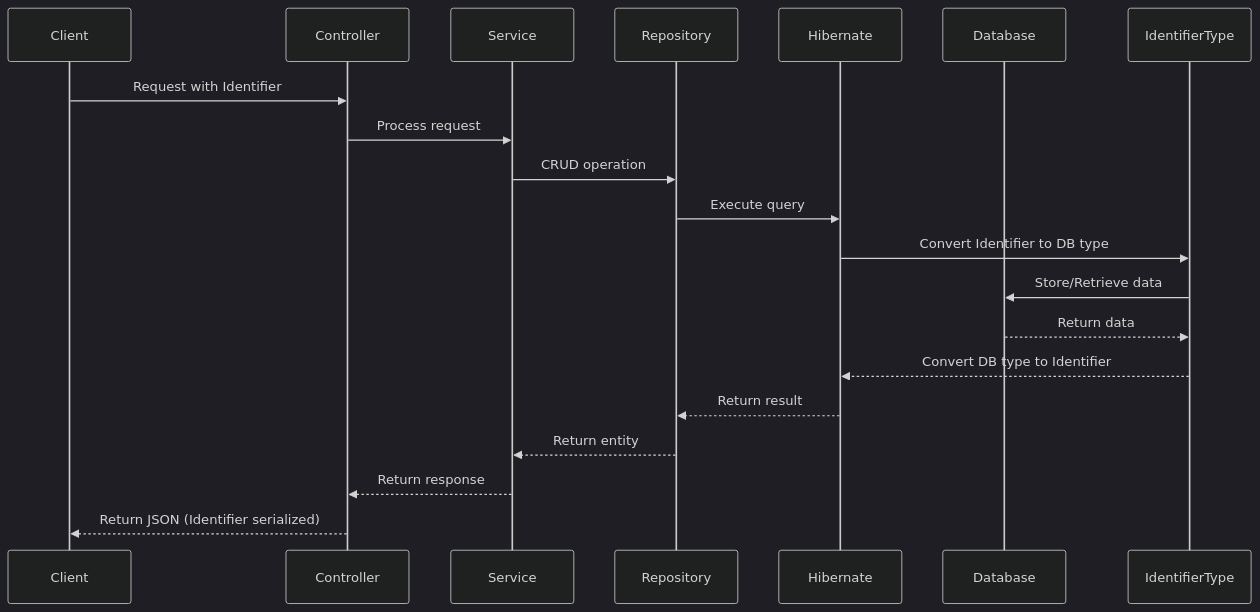
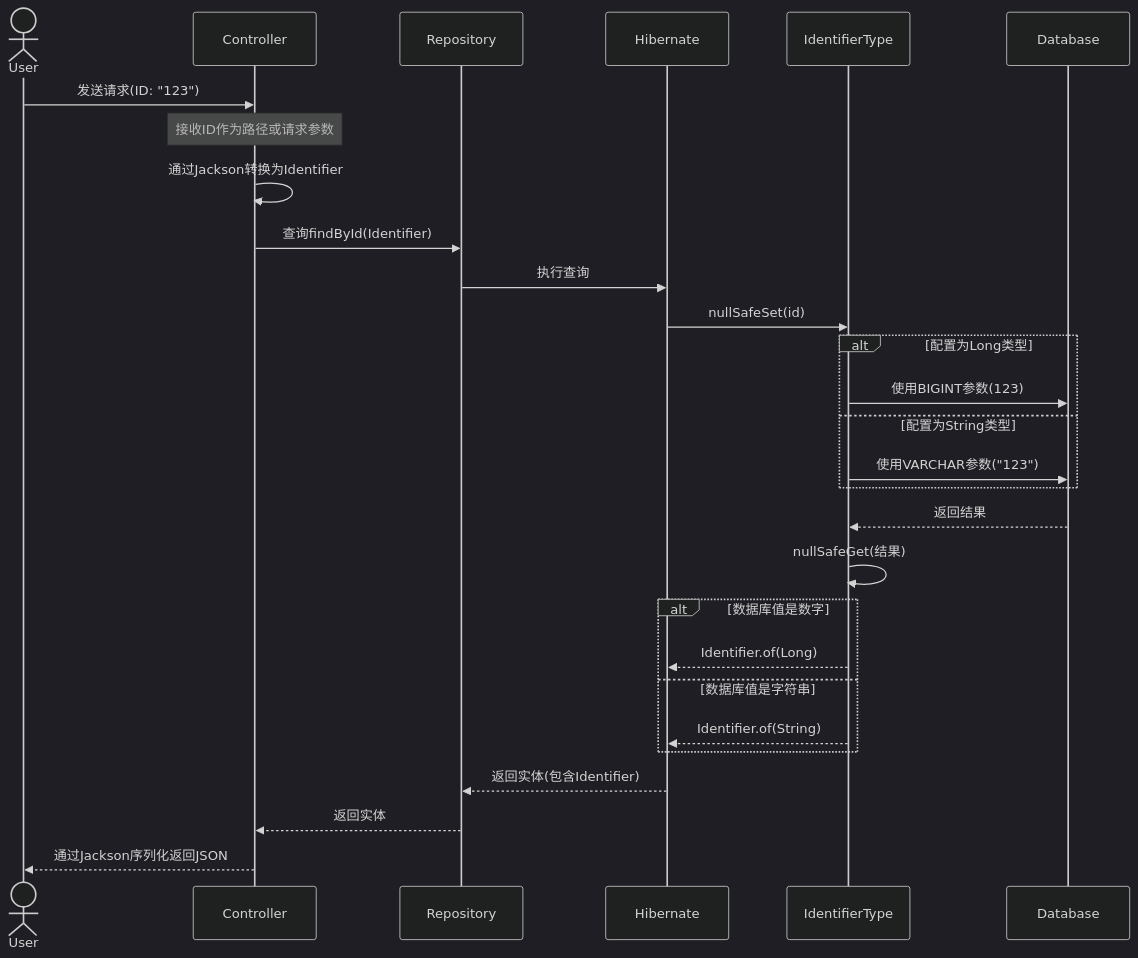
One commit to qpzm7903/hibernate-id-type changed the third of 3 diagrams in .ai/arch.md. Above: the diagram before and after it, drawn with Mermaid (dark theme). The commit also changed other lines of this file and 1 other file, not shown here.

````diff
--- a/.ai/arch.md
+++ b/.ai/arch.md
@@ -90,22 +128,35 @@
 ```mermaid
 sequenceDiagram
-    participant Client
+    actor User
     participant Controller
-    participant Service
     participant Repository
     participant Hibernate
+    participant IdentifierType
     participant Database
     
-    Client->>Controller: Request with Identifier
-    Controller->>Service: Process request
-    Service->>Repository: CRUD operation
-    Repository->>Hibernate: Execute query
-    Hibernate->>IdentifierType: Convert Identifier to DB type
-    IdentifierType->>Database: Store/Retrieve data
-    Database-->>IdentifierType: Return data
-    IdentifierType-->>Hibernate: Convert DB type to Identifier
-    Hibernate-->>Repository: Return result
-    Repository-->>Service: Return entity
-    Service-->>Controller: Return response
-    Controller-->>Client: Return JSON (Identifier serialized)
+    User->>Controller: 发送请求(ID: "123")
+    note over Controller: 接收ID作为路径或请求参数
+    Controller->>Controller: 通过Jackson转换为Identifier
+    Controller->>Repository: 查询findById(Identifier)
+    Repository->>Hibernate: 执行查询
+    Hibernate->>IdentifierType: nullSafeSet(id)
+    
+    alt 配置为Long类型
+        IdentifierType->>Database: 使用BIGINT参数(123)
+    else 配置为String类型
+        IdentifierType->>Database: 使用VARCHAR参数("123")
+    end
+    
+    Database-->>IdentifierType: 返回结果
+    IdentifierType->>IdentifierType: nullSafeGet(结果)
+    
+    alt 数据库值是数字
+        IdentifierType-->>Hibernate: Identifier.of(Long)
+    else 数据库值是字符串
+        IdentifierType-->>Hibernate: Identifier.of(String)
+    end
+    
+    Hibernate-->>Repository: 返回实体(包含Identifier)
+    Repository-->>Controller: 返回实体
+    Controller-->>User: 通过Jackson序列化返回JSON
 ```
````
